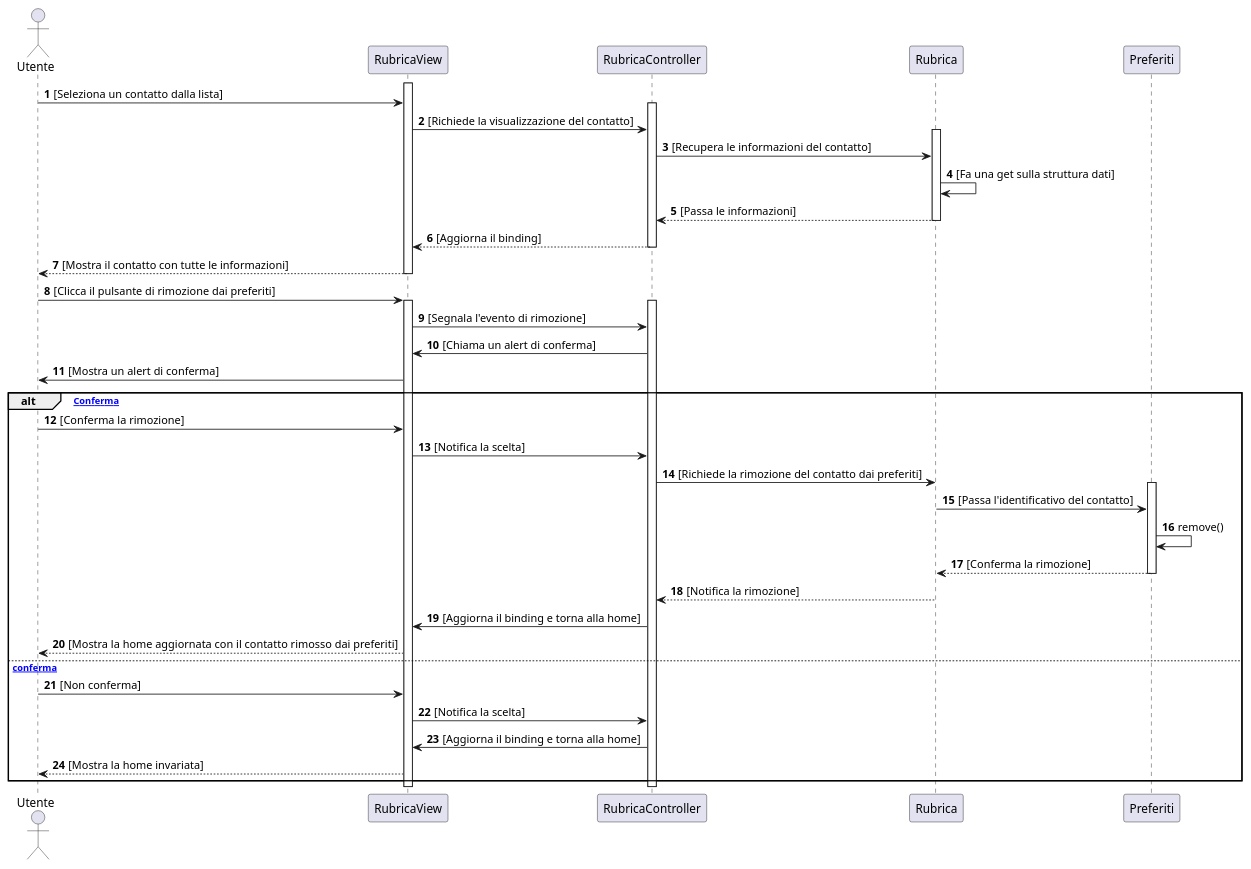
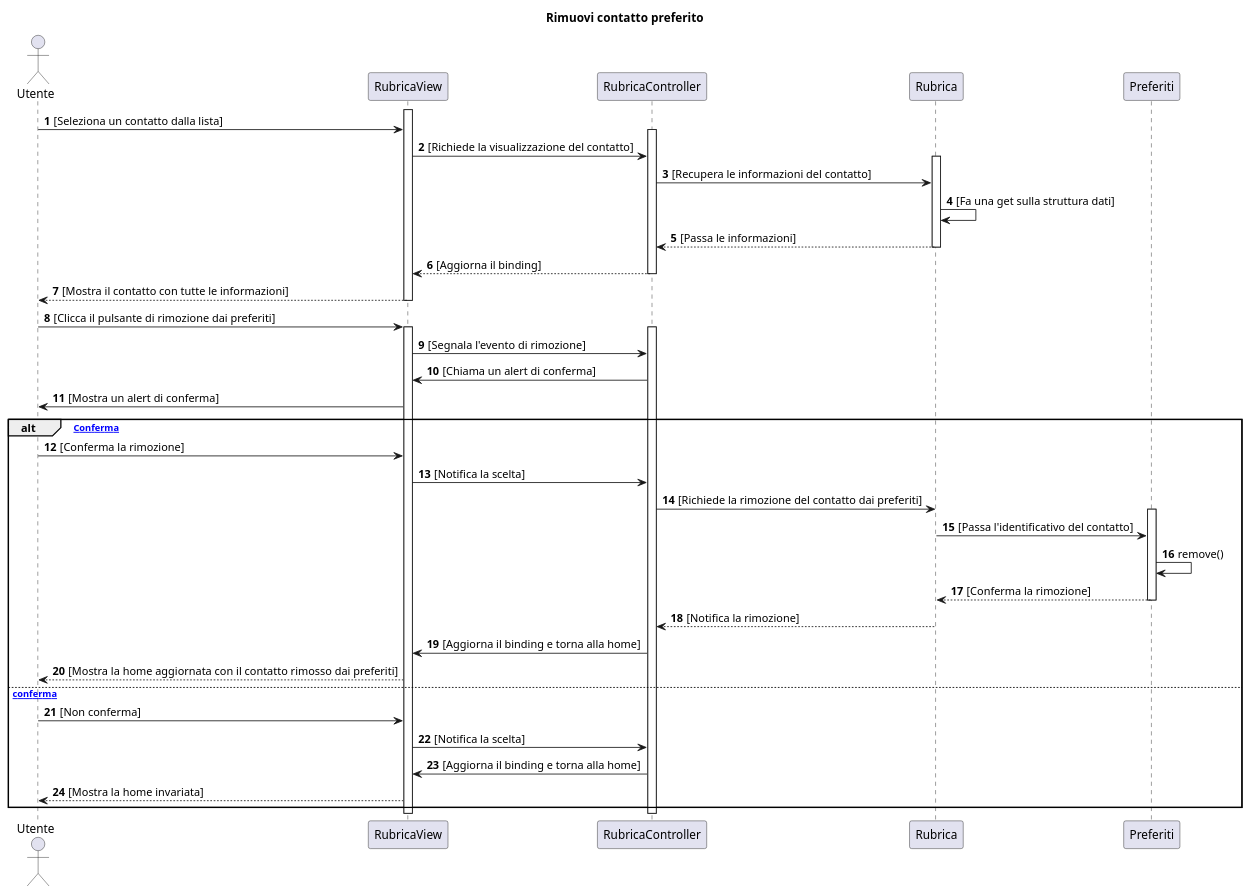
The diagram in docs/bozze/Diagrammi/Sequenza/ScenarioRimuoviPreferiti.puml (emanueletocci/uni-swe-project), drawn with PlantUML before and after one commit. The commit also changed 9 other files, not shown here.

First line of the commit message:
Aggiornamento diagrammi di sequenza

```diff
--- a/docs/bozze/Diagrammi/Sequenza/ScenarioRimuoviPreferiti.puml
+++ b/docs/bozze/Diagrammi/Sequenza/ScenarioRimuoviPreferiti.puml
@@ -1,51 +1,52 @@
 @startuml
 'autonumber aggiunto per numerare i messaggi
+title Rimuovi contatto preferito
 autonumber
 actor Utente
 participant RubricaView
 participant RubricaController
 participant Rubrica
 participant Preferiti
 activate RubricaView
 
 Utente -> RubricaView : [Seleziona un contatto dalla lista]
 activate RubricaController
 RubricaView -> RubricaController : [Richiede la visualizzazione del contatto]
 activate Rubrica
 RubricaController -> Rubrica : [Recupera le informazioni del contatto]
 Rubrica -> Rubrica : [Fa una get sulla struttura dati]
 Rubrica --> RubricaController : [Passa le informazioni]
 deactivate Rubrica
 RubricaController --> RubricaView : [Aggiorna il binding]
 deactivate RubricaController
 RubricaView --> Utente : [Mostra il contatto con tutte le informazioni]
 deactivate RubricaView
 
 Utente -> RubricaView : [Clicca il pulsante di rimozione dai preferiti]
 activate RubricaView
 activate RubricaController
 RubricaView -> RubricaController : [Segnala l'evento di rimozione]
 RubricaController -> RubricaView : [Chiama un alert di conferma]
 RubricaView -> Utente : [Mostra un alert di conferma]
 alt [Conferma]
     Utente -> RubricaView : [Conferma la rimozione]
     RubricaView -> RubricaController : [Notifica la scelta]
     RubricaController -> Rubrica : [Richiede la rimozione del contatto dai preferiti]
     activate Preferiti
     Rubrica -> Preferiti : [Passa l'identificativo del contatto]
     Preferiti -> Preferiti : remove()
     Preferiti --> Rubrica : [Conferma la rimozione]
     deactivate Preferiti
     Rubrica --> RubricaController : [Notifica la rimozione]
     RubricaController -> RubricaView : [Aggiorna il binding e torna alla home]
     RubricaView --> Utente : [Mostra la home aggiornata con il contatto rimosso dai preferiti]
 else [Non conferma]
     Utente -> RubricaView : [Non conferma]
     RubricaView -> RubricaController : [Notifica la scelta]
     RubricaController -> RubricaView : [Aggiorna il binding e torna alla home]
     RubricaView --> Utente : [Mostra la home invariata]
 end
 deactivate RubricaController
 deactivate RubricaView
 
 @enduml
```
